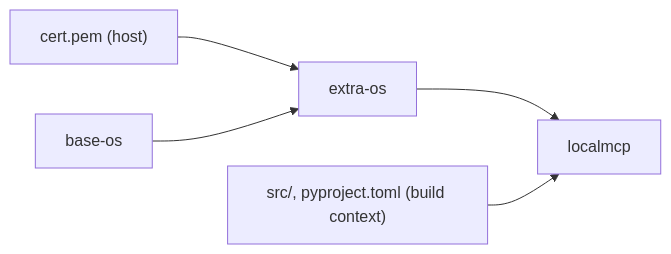
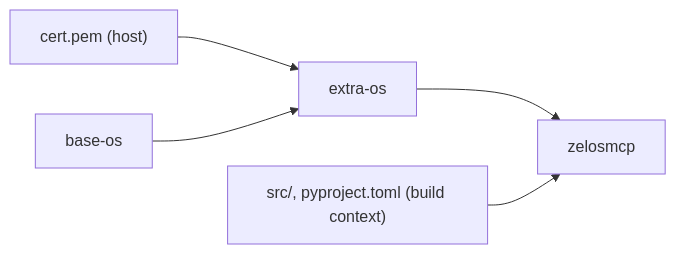
Before and after one commit to kmechlin/zelosmcp: the diagram in docker-tools/README.md, drawn with Mermaid. The commit also changed other lines of this file and 52 other files, not shown here.

````diff
--- a/docker-tools/README.md
+++ b/docker-tools/README.md
@@ -17,13 +17,13 @@
 ```mermaid
 flowchart LR
     cert["cert.pem (host)"]
     baseOs[base-os]
     extraOs[extra-os]
-    localmcp[localmcp]
+    zelosmcp[zelosmcp]
     src["src/, pyproject.toml (build context)"]
 
     cert --> extraOs
     baseOs --> extraOs
-    extraOs --> localmcp
-    src --> localmcp
+    extraOs --> zelosmcp
+    src --> zelosmcp
 ```
````
